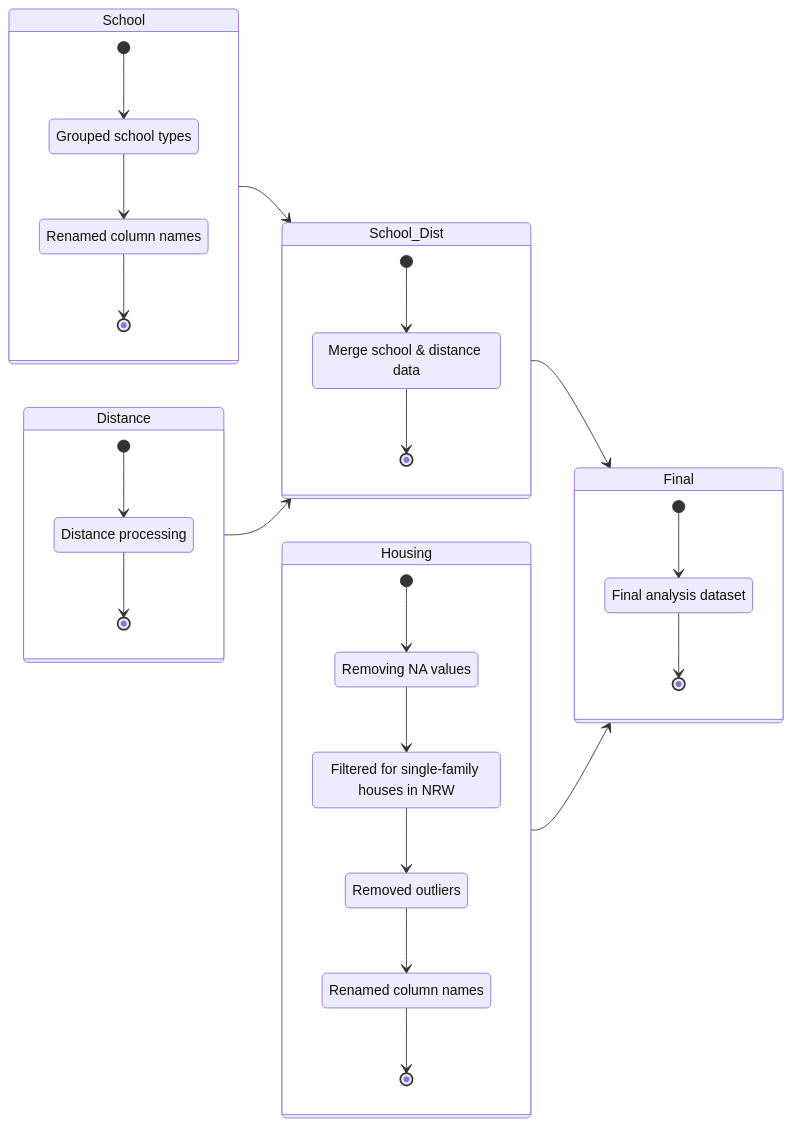
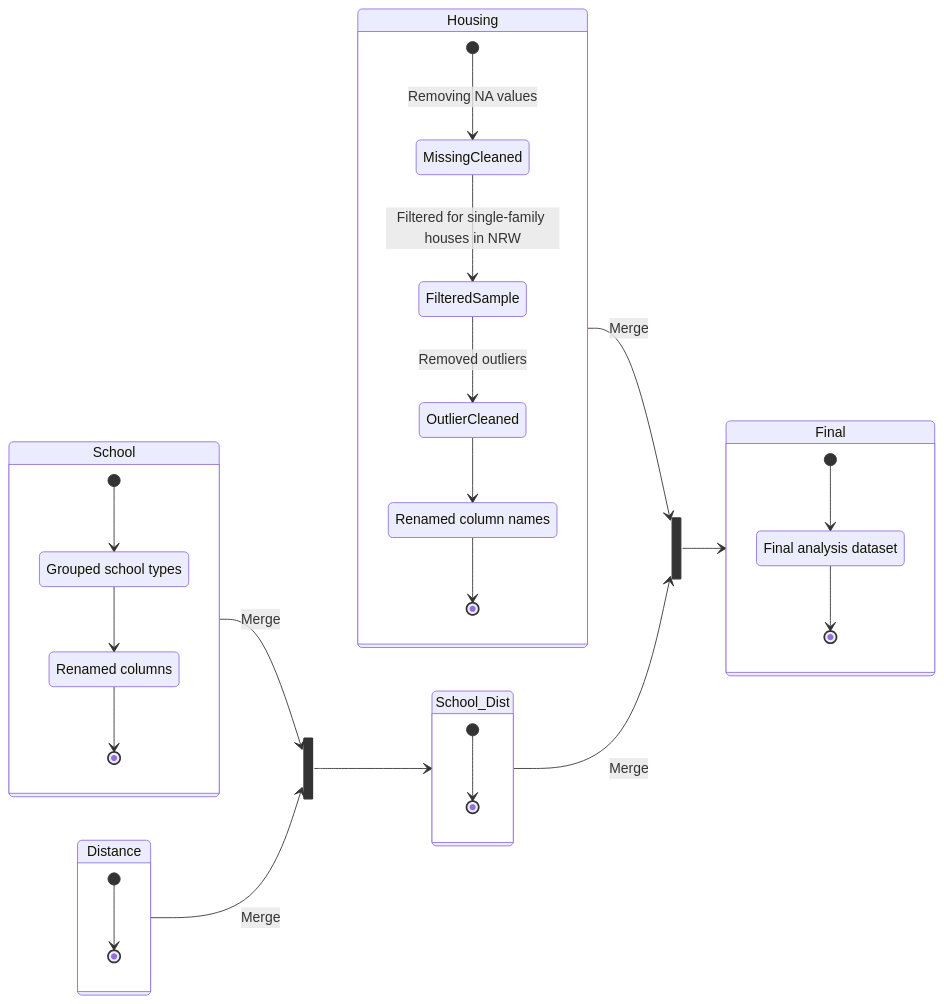
Before and after one commit to Sall2008/Data-Analysis-Using-R-Project-: the second of 6 diagrams in presentation_results.qmd, drawn with Mermaid. The commit also changed other lines of this file and 1 other file, not shown here.

Commit message:
Created seperate graphics to discuss during meeting.

````diff
--- a/presentation_results.qmd
+++ b/presentation_results.qmd
@@ -156,63 +156,67 @@
 ```{mermaid}
-%%| label: fig-data_cleaning2
-%%| fig-height: 3.2
+%%| fig-height: 2.9
 %%| fig-align: center
 stateDiagram-v2
     direction LR
 
     %% -------------------------
     %% Housing pillar
     %% -------------------------
     state Housing {
-        [*] --> NA
-        NA: Removing NA values
-        NA --> File
-        File: Filtered for single-family houses in NRW
-        File --> Outl
-        Outl: Removed outliers
+        [*] --> NA: Removing NA values
+        NA: MissingCleaned
+        NA --> File: Filtered for single-family houses in NRW
+        File: FilteredSample
+        File --> Outl: Removed outliers
+        Outl: OutlierCleaned
         Outl --> Muta
         Muta: Renamed column names
         Muta --> [*]
     }
 
     %% -------------------------
     %% School pillar
     %% -------------------------
     state School {
         [*] --> Types
         Types: Grouped school types
         Types --> Muta2
-        Muta2: Renamed column names
+        Muta2: Renamed columns
         Muta2 --> [*]
     }
 
     %% -------------------------
     %% Distance pillar
     %% -------------------------
     state Distance {
-        [*] --> DistClean
-        DistClean: Distance processing
-        DistClean --> [*]
+        [*] -->[*]
     }
 
     %% -------------------------
-    %% Merges
+    %% First join: School + Distance
     %% -------------------------
-    School --> School_Dist
-    Distance --> School_Dist
+    state SD_join <<join>>
+
+    School --> SD_join: Merge
+    Distance --> SD_join: Merge
+    SD_join --> School_Dist
 
     state School_Dist {
-        [*] --> MergeSD
-        MergeSD: Merge school & distance data
-        MergeSD --> [*]
+        [*] --> [*]
     }
 
-    School_Dist --> Final
-    Housing --> Final
+    %% -------------------------
+    %% Final join: Housing + School_Dist
+    %% -------------------------
+    state Final_join <<join>>
+
+    Housing --> Final_join: Merge
+    School_Dist --> Final_join: Merge
+    Final_join --> Final
 
     state Final {
         [*] --> FinalData
         FinalData: Final analysis dataset
         FinalData --> [*]
     }
 ```
````
